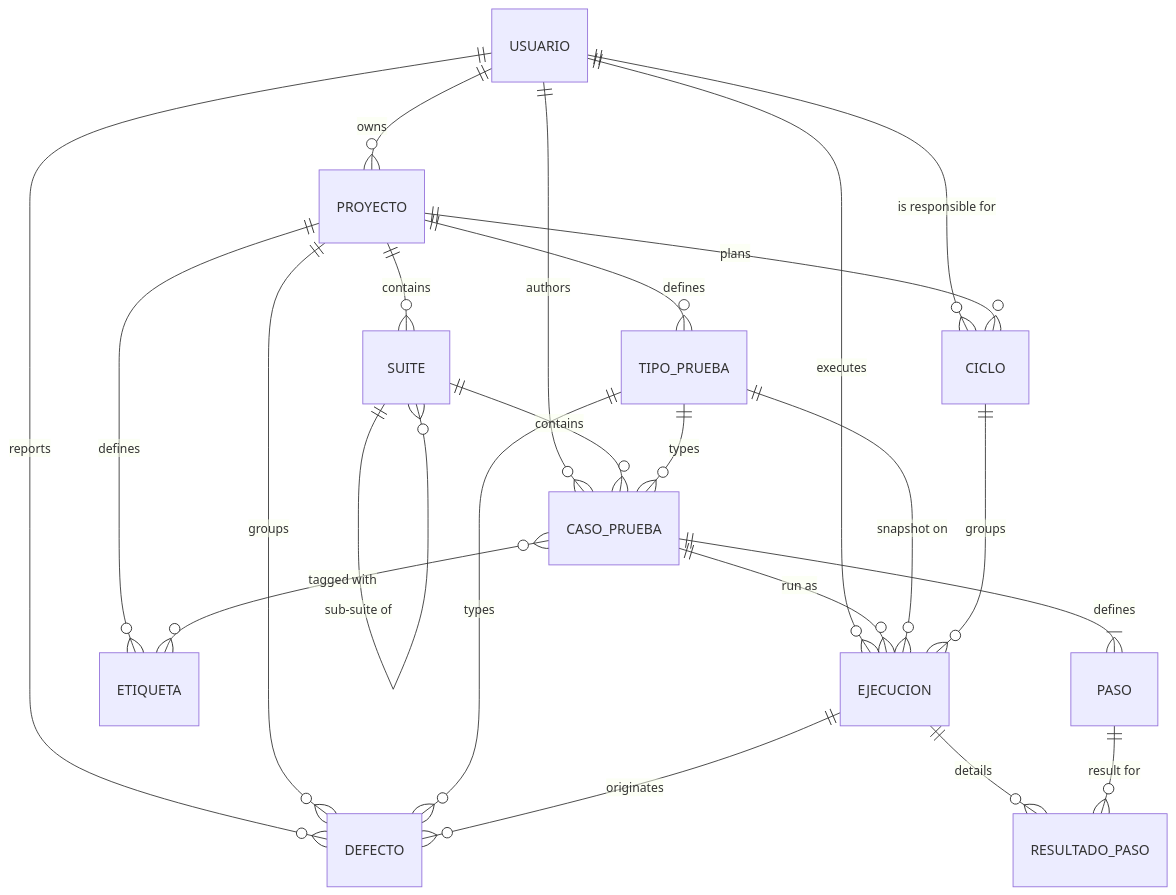
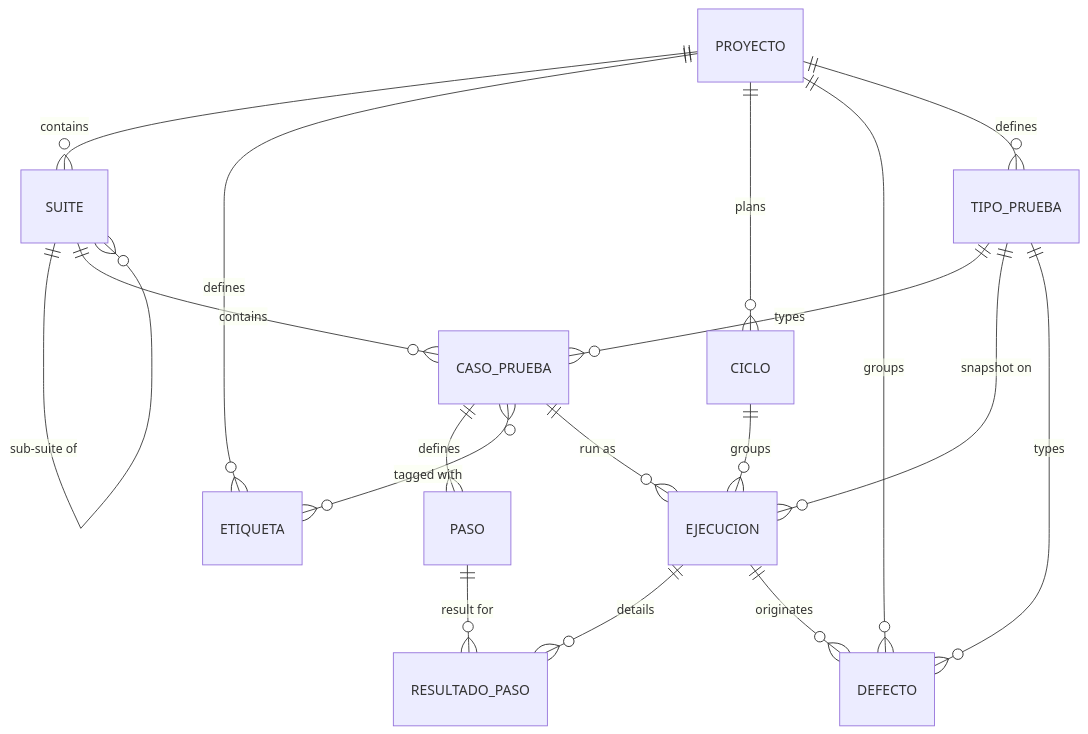
Before and after one commit to Delafu7/QA-TestManagement-Tool: the first of 5 diagrams in docs/DATA_MODEL.md, drawn with Mermaid. The commit also changed other lines of this file and 87 other files, not shown here.

````diff
--- a/docs/DATA_MODEL.md
+++ b/docs/DATA_MODEL.md
@@ -159,30 +144,24 @@
 ```mermaid
 erDiagram
-    USUARIO ||--o{ PROYECTO : owns
-    USUARIO ||--o{ CASO_PRUEBA : authors
-    USUARIO ||--o{ EJECUCION : executes
-    USUARIO ||--o{ DEFECTO : reports
-    USUARIO ||--o{ CICLO : "is responsible for"
-
     PROYECTO ||--o{ SUITE : contains
     PROYECTO ||--o{ ETIQUETA : defines
     PROYECTO ||--o{ CICLO : plans
     PROYECTO ||--o{ DEFECTO : groups
     PROYECTO ||--o{ TIPO_PRUEBA : defines
 
     SUITE ||--o{ SUITE : "sub-suite of"
     SUITE ||--o{ CASO_PRUEBA : contains
 
     CASO_PRUEBA ||--|{ PASO : defines
     CASO_PRUEBA }o--o{ ETIQUETA : "tagged with"
     CASO_PRUEBA ||--o{ EJECUCION : "run as"
     TIPO_PRUEBA ||--o{ CASO_PRUEBA : types
     TIPO_PRUEBA ||--o{ EJECUCION : "snapshot on"
     TIPO_PRUEBA ||--o{ DEFECTO : types
 
     CICLO ||--o{ EJECUCION : groups
 
     EJECUCION ||--o{ RESULTADO_PASO : details
     EJECUCION ||--o{ DEFECTO : originates
     PASO ||--o{ RESULTADO_PASO : "result for"
 ```
````
